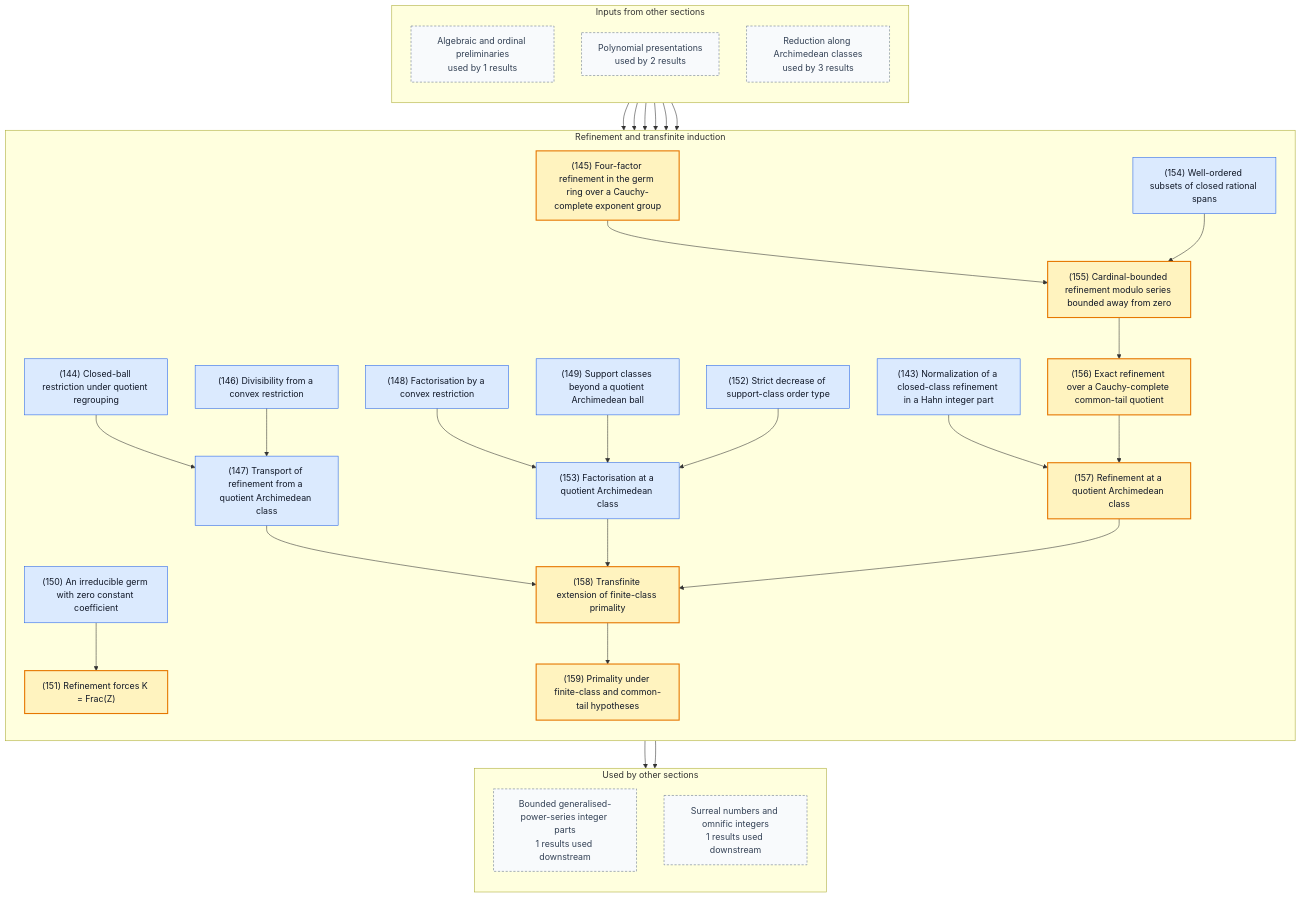
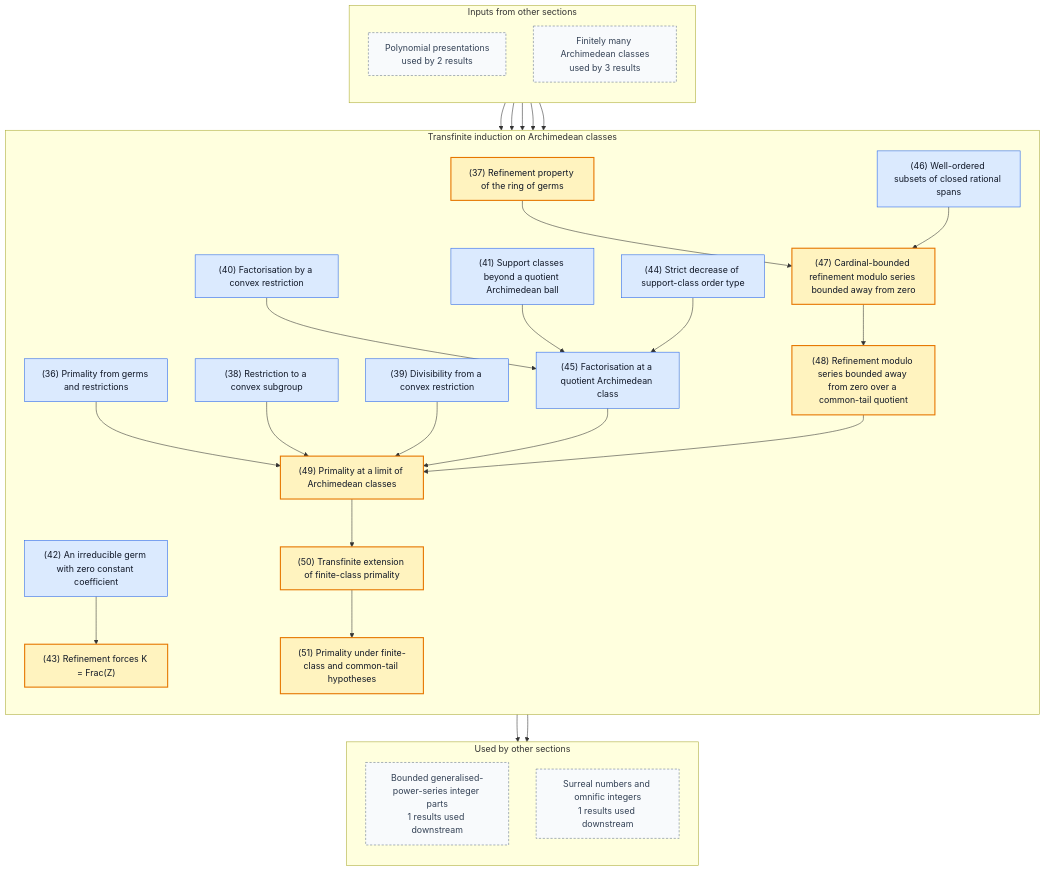
One commit to gaearon/conway-refinement changed the fifth of 8 diagrams in README.md. Above: the diagram before and after it, drawn with Mermaid. The commit also changed other lines of this file and 82 other files, not shown here.

First line of the commit message:
Reduce along Archimedean classes by one D+M step lemma

```diff
--- a/README.md
+++ b/README.md
@@ -1141,29 +441,27 @@
 flowchart TB
   subgraph inputs["Inputs from other sections"]
     direction TB
-    in0["Algebraic and ordinal preliminaries<br/>used by 1 results"]:::boundary
-    in1["Polynomial presentations<br/>used by 2 results"]:::boundary
-    in2["Reduction along Archimedean classes<br/>used by 3 results"]:::boundary
+    in0["Polynomial presentations<br/>used by 2 results"]:::boundary
+    in1["Finitely many Archimedean classes<br/>used by 3 results"]:::boundary
   end
-  subgraph current["Refinement and transfinite induction"]
+  subgraph current["Transfinite induction on Archimedean classes"]
     direction TB
-    n143["(143) Normalization of a closed-class refinement in a Hahn integer part"]:::lemma
-    n144["(144) Closed-ball restriction under quotient regrouping"]:::lemma
-    n145["(145) Four-factor refinement in the germ ring over a Cauchy-complete exponent group"]:::theorem
-    n146["(146) Divisibility from a convex restriction"]:::lemma
-    n147["(147) Transport of refinement from a quotient Archimedean class"]:::lemma
-    n148["(148) Factorisation by a convex restriction"]:::lemma
-    n149["(149) Support classes beyond a quotient Archimedean ball"]:::lemma
-    n150["(150) An irreducible germ with zero constant coefficient"]:::lemma
-    n151["(151) Refinement forces K = Frac(Z)"]:::theorem
-    n152["(152) Strict decrease of support-class order type"]:::lemma
-    n153["(153) Factorisation at a quotient Archimedean class"]:::lemma
-    n154["(154) Well-ordered subsets of closed rational spans"]:::lemma
-    n155["(155) Cardinal-bounded refinement modulo series bounded away from zero"]:::theorem
-    n156["(156) Exact refinement over a Cauchy-complete common-tail quotient"]:::theorem
-    n157["(157) Refinement at a quotient Archimedean class"]:::theorem
-    n158["(158) Transfinite extension of finite-class primality"]:::theorem
-    n159["(159) Primality under finite-class and common-tail hypotheses"]:::theorem
+    n036["(36) Primality from germs and restrictions"]:::lemma
+    n037["(37) Refinement property of the ring of germs"]:::theorem
+    n038["(38) Restriction to a convex subgroup"]:::lemma
+    n039["(39) Divisibility from a convex restriction"]:::lemma
+    n040["(40) Factorisation by a convex restriction"]:::lemma
+    n041["(41) Support classes beyond a quotient Archimedean ball"]:::lemma
+    n042["(42) An irreducible germ with zero constant coefficient"]:::lemma
+    n043["(43) Refinement forces K = Frac(Z)"]:::theorem
+    n044["(44) Strict decrease of support-class order type"]:::lemma
+    n045["(45) Factorisation at a quotient Archimedean class"]:::lemma
+    n046["(46) Well-ordered subsets of closed rational spans"]:::lemma
+    n047["(47) Cardinal-bounded refinement modulo series bounded away from zero"]:::theorem
+    n048["(48) Refinement modulo series bounded away from zero over a common-tail quotient"]:::theorem
+    n049["(49) Primality at a limit of Archimedean classes"]:::theorem
+    n050["(50) Transfinite extension of finite-class primality"]:::theorem
+    n051["(51) Primality under finite-class and common-tail hypotheses"]:::theorem
   end
   subgraph outputs["Used by other sections"]
     direction TB
@@ -1171,46 +469,43 @@
     out1["Surreal numbers and omnific integers<br/>1 results used downstream"]:::boundary
   end
 
-  n144 --> n147
-  n146 --> n147
-  n150 --> n151
-  n148 --> n153
-  n149 --> n153
-  n152 --> n153
-  n145 --> n155
-  n154 --> n155
-  n155 --> n156
-  n143 --> n157
-  n156 --> n157
-  n147 --> n158
-  n153 --> n158
-  n157 --> n158
-  n158 --> n159
-  in1 --> n145
-  in2 --> n147
-  in1 --> n150
-  in0 --> n151
-  in2 --> n157
-  in2 --> n159
-  n159 --> out0
-  n158 --> out1
-  click n143 "https://gaearon.github.io/conway-refinement/#/result/closed-class-refinement-normalization" "Open the statement for lemma 143"
-  click n144 "https://gaearon.github.io/conway-refinement/#/result/quotient-regrouping-closed-ball-restriction" "Open the statement for lemma 144"
-  click n145 "https://gaearon.github.io/conway-refinement/#/result/complete-hahn-germ-refinement" "Open the statement for theorem 145"
-  click n146 "https://gaearon.github.io/conway-refinement/#/result/divisibility-from-convex-restriction" "Open the statement for lemma 146"
-  click n147 "https://gaearon.github.io/conway-refinement/#/result/closed-class-refinement-transport" "Open the statement for lemma 147"
-  click n148 "https://gaearon.github.io/conway-refinement/#/result/factorisation-by-convex-restriction" "Open the statement for lemma 148"
-  click n149 "https://gaearon.github.io/conway-refinement/#/result/tail-quotient-class-bounds-support-classes" "Open the statement for lemma 149"
-  click n150 "https://gaearon.github.io/conway-refinement/#/result/irreducible-zero-constant-germ" "Open the statement for lemma 150"
-  click n151 "https://gaearon.github.io/conway-refinement/#/result/refinement-forces-coefficient-fraction-field" "Open the statement for theorem 151"
-  click n152 "https://gaearon.github.io/conway-refinement/#/result/support-class-order-type-strict-decrease" "Open the statement for lemma 152"
-  click n153 "https://gaearon.github.io/conway-refinement/#/result/support-class-factorisation" "Open the statement for lemma 153"
-  click n154 "https://gaearon.github.io/conway-refinement/#/result/well-ordered-subset-closed-rational-span-cardinality" "Open the statement for lemma 154"
-  click n155 "https://gaearon.github.io/conway-refinement/#/result/cardinal-bounded-germ-refinement" "Open the statement for theorem 155"
-  click n156 "https://gaearon.github.io/conway-refinement/#/result/complete-tail-quotient-refinement" "Open the statement for theorem 156"
-  click n157 "https://gaearon.github.io/conway-refinement/#/result/support-class-refinement" "Open the statement for theorem 157"
-  click n158 "https://gaearon.github.io/conway-refinement/#/result/limit-tail-primality" "Open the statement for theorem 158"
-  click n159 "https://gaearon.github.io/conway-refinement/#/result/hahn-integer-part-primality" "Open the statement for theorem 159"
+  n042 --> n043
+  n040 --> n045
+  n041 --> n045
+  n044 --> n045
+  n037 --> n047
+  n046 --> n047
+  n047 --> n048
+  n036 --> n049
+  n038 --> n049
+  n039 --> n049
+  n045 --> n049
+  n048 --> n049
+  n049 --> n050
+  n050 --> n051
+  in0 --> n037
+  in0 --> n042
+  in1 --> n043
+  in1 --> n049
+  in1 --> n051
+  n051 --> out0
+  n050 --> out1
+  click n036 "https://gaearon.github.io/conway-refinement/#/result/primality-from-germs-and-restrictions" "Open the statement for lemma 36"
+  click n037 "https://gaearon.github.io/conway-refinement/#/result/complete-hahn-germ-refinement" "Open the statement for theorem 37"
+  click n038 "https://gaearon.github.io/conway-refinement/#/result/convex-restriction-ring-hom" "Open the statement for lemma 38"
+  click n039 "https://gaearon.github.io/conway-refinement/#/result/divisibility-from-convex-restriction" "Open the statement for lemma 39"
+  click n040 "https://gaearon.github.io/conway-refinement/#/result/factorisation-by-convex-restriction" "Open the statement for lemma 40"
+  click n041 "https://gaearon.github.io/conway-refinement/#/result/tail-quotient-class-bounds-support-classes" "Open the statement for lemma 41"
+  click n042 "https://gaearon.github.io/conway-refinement/#/result/irreducible-zero-constant-germ" "Open the statement for lemma 42"
+  click n043 "https://gaearon.github.io/conway-refinement/#/result/refinement-forces-coefficient-fraction-field" "Open the statement for theorem 43"
+  click n044 "https://gaearon.github.io/conway-refinement/#/result/support-class-order-type-strict-decrease" "Open the statement for lemma 44"
+  click n045 "https://gaearon.github.io/conway-refinement/#/result/support-class-factorisation" "Open the statement for lemma 45"
+  click n046 "https://gaearon.github.io/conway-refinement/#/result/well-ordered-subset-closed-rational-span-cardinality" "Open the statement for lemma 46"
+  click n047 "https://gaearon.github.io/conway-refinement/#/result/cardinal-bounded-germ-refinement" "Open the statement for theorem 47"
+  click n048 "https://gaearon.github.io/conway-refinement/#/result/complete-tail-quotient-refinement" "Open the statement for theorem 48"
+  click n049 "https://gaearon.github.io/conway-refinement/#/result/limit-tail-step" "Open the statement for theorem 49"
+  click n050 "https://gaearon.github.io/conway-refinement/#/result/limit-tail-primality" "Open the statement for theorem 50"
+  click n051 "https://gaearon.github.io/conway-refinement/#/result/hahn-integer-part-primality" "Open the statement for theorem 51"
 
   classDef theorem fill:#fff3bf,stroke:#e67700,stroke-width:2px,color:#111827
   classDef definition fill:#f3f4f6,stroke:#4b5563,color:#111827
```
